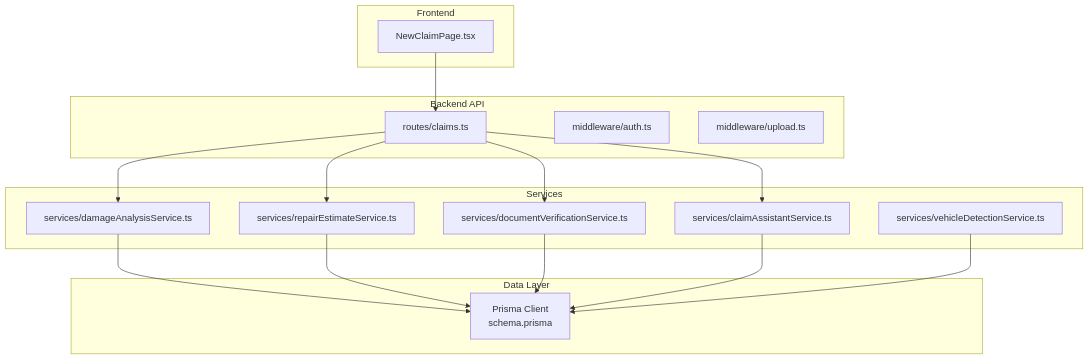
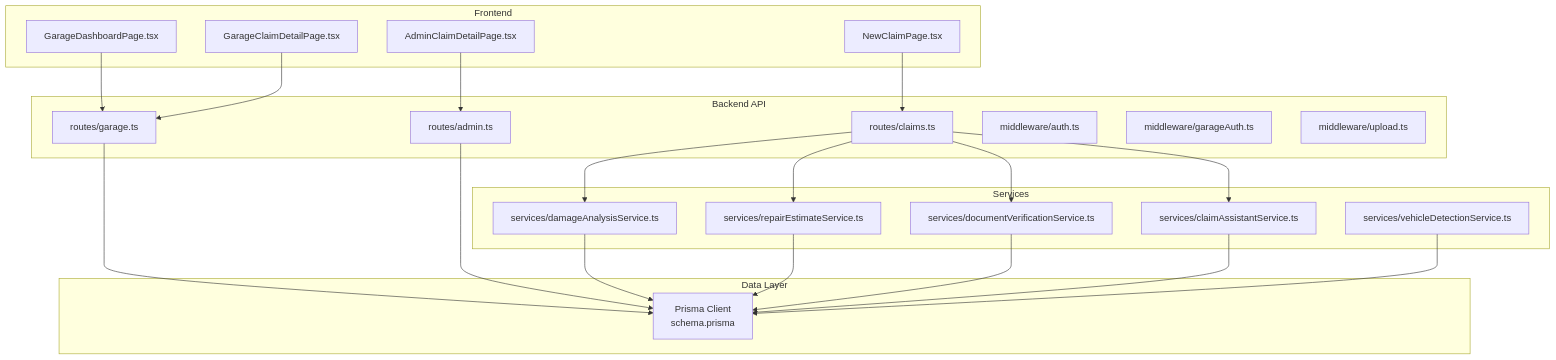
The first of 12 diagrams in .qoder/repowiki/en/content/Business Logic Layer/Claims Processing Workflow.md (NaveenHiranya/Smart-Vehicle-Insurance-Claim-System), drawn with Mermaid before and after one commit. The commit also changed other lines of this file and 87 other files, not shown here.

````diff
--- a/.qoder/repowiki/en/content/Business Logic Layer/Claims Processing Workflow.md
+++ b/.qoder/repowiki/en/content/Business Logic Layer/Claims Processing Workflow.md
@@ -34,31 +49,42 @@
 ```mermaid
 graph TB
 subgraph "Frontend"
 NCP["NewClaimPage.tsx"]
+GDP["GarageDashboardPage.tsx"]
+GCDP["GarageClaimDetailPage.tsx"]
+ADP["AdminClaimDetailPage.tsx"]
 end
 subgraph "Backend API"
 R_CLAIMS["routes/claims.ts"]
+R_GARAGE["routes/garage.ts"]
+R_ADMIN["routes/admin.ts"]
 M_AUTH["middleware/auth.ts"]
+M_GARAGE["middleware/garageAuth.ts"]
 M_UPLOAD["middleware/upload.ts"]
 end
 subgraph "Services"
 S_DAM["services/damageAnalysisService.ts"]
 S_EST["services/repairEstimateService.ts"]
 S_DOC["services/documentVerificationService.ts"]
 S_ASS["services/claimAssistantService.ts"]
 S_VEH["services/vehicleDetectionService.ts"]
 end
 subgraph "Data Layer"
 DB["Prisma Client<br/>schema.prisma"]
 end
 NCP --> R_CLAIMS
+GDP --> R_GARAGE
+GCDP --> R_GARAGE
+ADP --> R_ADMIN
 R_CLAIMS --> S_DAM
 R_CLAIMS --> S_EST
 R_CLAIMS --> S_DOC
 R_CLAIMS --> S_ASS
+R_GARAGE --> DB
+R_ADMIN --> DB
 S_DAM --> DB
 S_EST --> DB
 S_DOC --> DB
 S_ASS --> DB
 S_VEH --> DB
 ```
````
